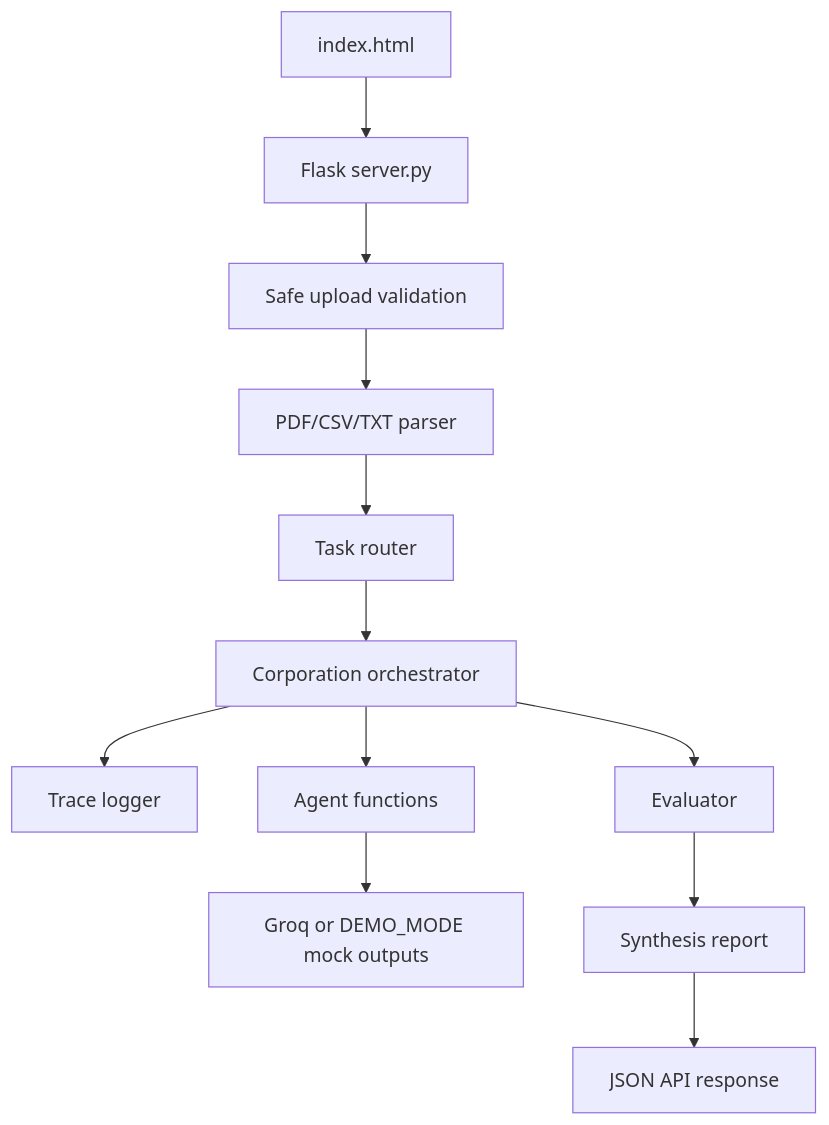
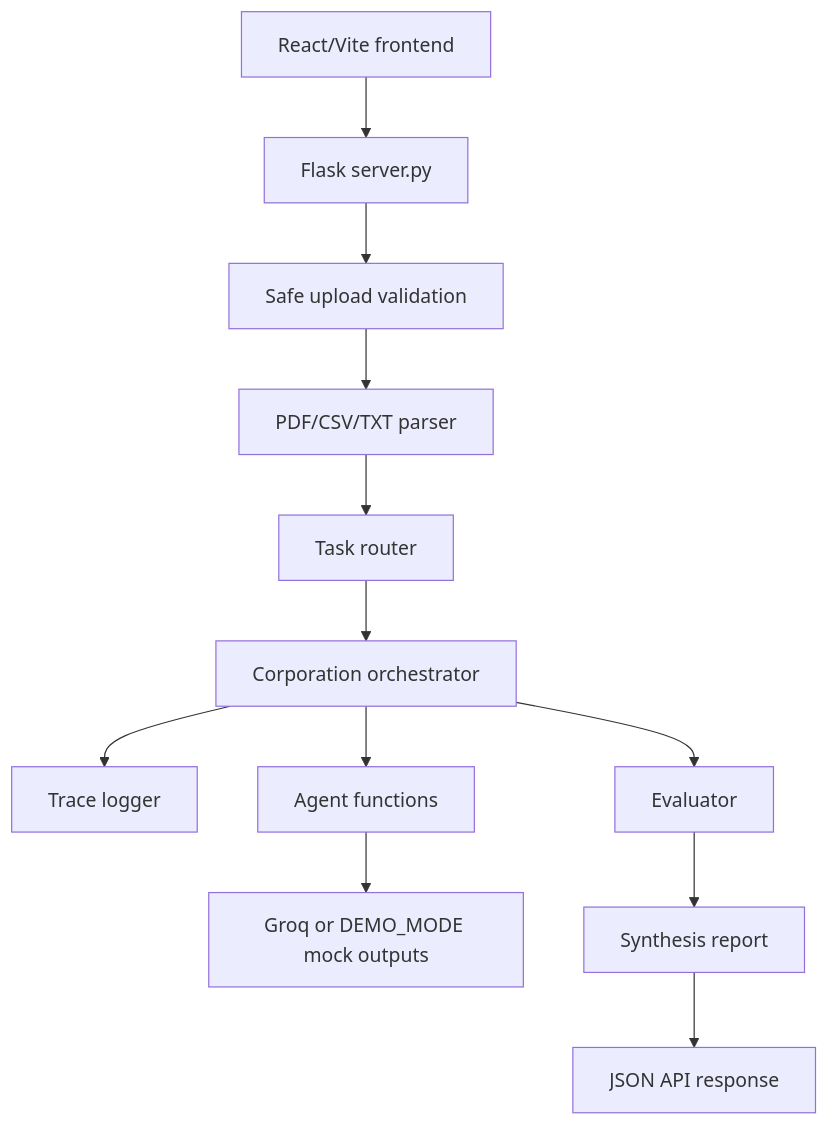
The first of 3 diagrams in docs/architecture.md (MrithunjoyB/finflow-ai), drawn with Mermaid before and after one commit. The commit also changed other lines of this file and 31 other files, not shown here.

Commit message:
Add premium React mission-control frontend

````diff
--- a/docs/architecture.md
+++ b/docs/architecture.md
@@ -7,14 +7,14 @@
 ```mermaid
 flowchart TD
-    A["index.html"] --> B["Flask server.py"]
+    A["React/Vite frontend"] --> B["Flask server.py"]
     B --> C["Safe upload validation"]
     C --> D["PDF/CSV/TXT parser"]
     D --> E["Task router"]
     E --> F["Corporation orchestrator"]
     F --> G["Trace logger"]
     F --> H["Agent functions"]
     H --> I["Groq or DEMO_MODE mock outputs"]
     F --> J["Evaluator"]
     J --> K["Synthesis report"]
     K --> L["JSON API response"]
 ```
````
